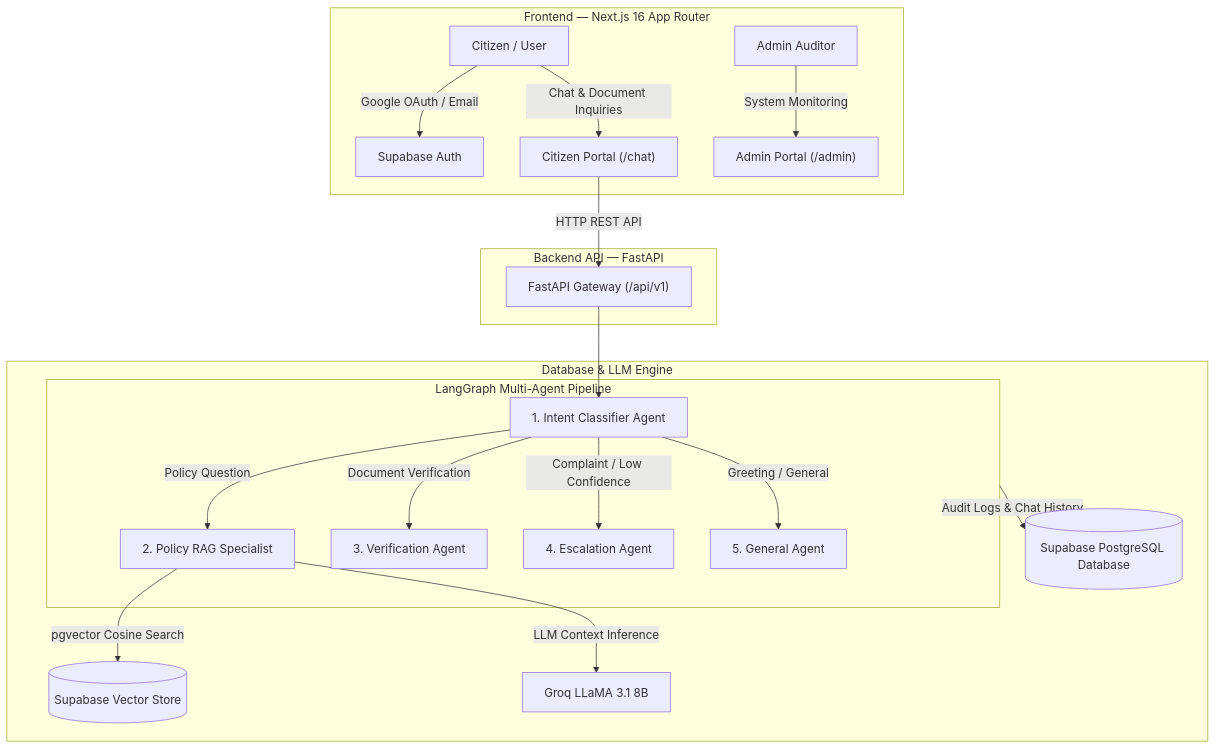
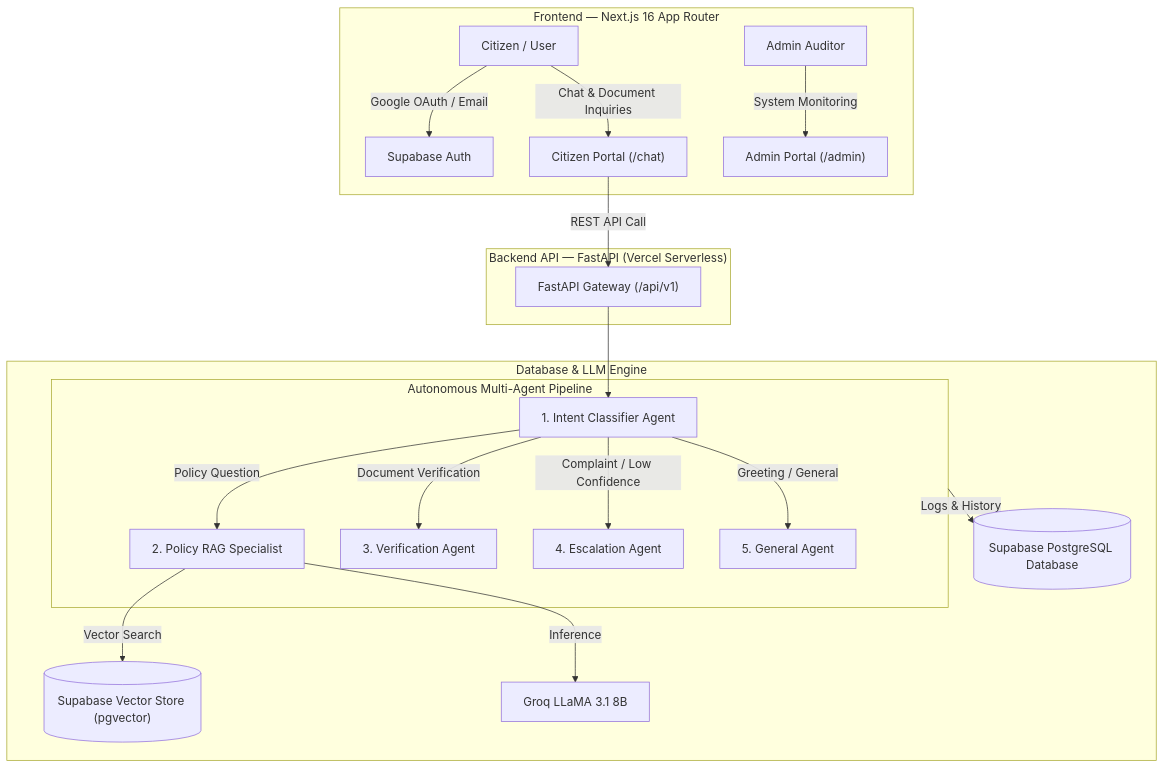
One commit to hassanmustafakhandev-star/govassist-ai changed the diagram in README.md. Above: the diagram before and after it, drawn with Mermaid. The commit also changed other lines of this file, not shown here.

Commit message:
Docs: Fix Mermaid flowchart syntax in README and update Vercel Serverless deployment docs

````diff
--- a/README.md
+++ b/README.md
@@ -35,26 +35,26 @@
 ```mermaid
-graph TD
-    subgraph Client ["Frontend — Next.js 16 App Router"]
+flowchart TD
+    subgraph Client["Frontend — Next.js 16 App Router"]
         U["Citizen / User"] -->|"Google OAuth / Email"| Auth["Supabase Auth"]
         U -->|"Chat & Document Inquiries"| UI["Citizen Portal (/chat)"]
         A["Admin Auditor"] -->|"System Monitoring"| AdminUI["Admin Portal (/admin)"]
     end
 
-    subgraph API ["Backend API — FastAPI"]
-        UI -->|"HTTP REST API"| FastApi["FastAPI Gateway (/api/v1)"]
+    subgraph API["Backend API — FastAPI (Vercel Serverless)"]
+        UI -->|"REST API Call"| FastApi["FastAPI Gateway (/api/v1)"]
     end
 
-    subgraph Agents ["LangGraph Multi-Agent Pipeline"]
+    subgraph Agents["Autonomous Multi-Agent Pipeline"]
         FastApi --> Classifier["1. Intent Classifier Agent"]
         Classifier -->|"Policy Question"| RAG["2. Policy RAG Specialist"]
         Classifier -->|"Document Verification"| Verifier["3. Verification Agent"]
         Classifier -->|"Complaint / Low Confidence"| Escalation["4. Escalation Agent"]
         Classifier -->|"Greeting / General"| General["5. General Agent"]
     end
 
-    subgraph Storage ["Database & LLM Engine"]
-        RAG -->|"pgvector Cosine Search"| VectorDB[("Supabase Vector Store")]
-        RAG -->|"LLM Context Inference"| Groq["Groq LLaMA 3.1 8B"]
-        Agents -->|"Audit Logs & Chat History"| SupaDB[("Supabase PostgreSQL Database")]
+    subgraph Storage["Database & LLM Engine"]
+        RAG -->|"Vector Search"| VectorDB[("Supabase Vector Store (pgvector)")]
+        RAG -->|"Inference"| Groq["Groq LLaMA 3.1 8B"]
+        Agents -->|"Logs & History"| SupaDB[("Supabase PostgreSQL Database")]
     end
 ```
````
